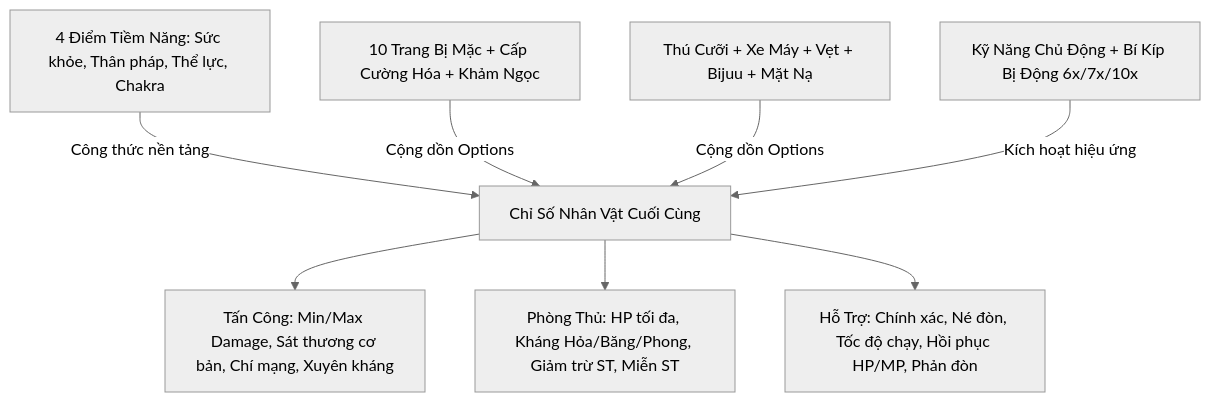
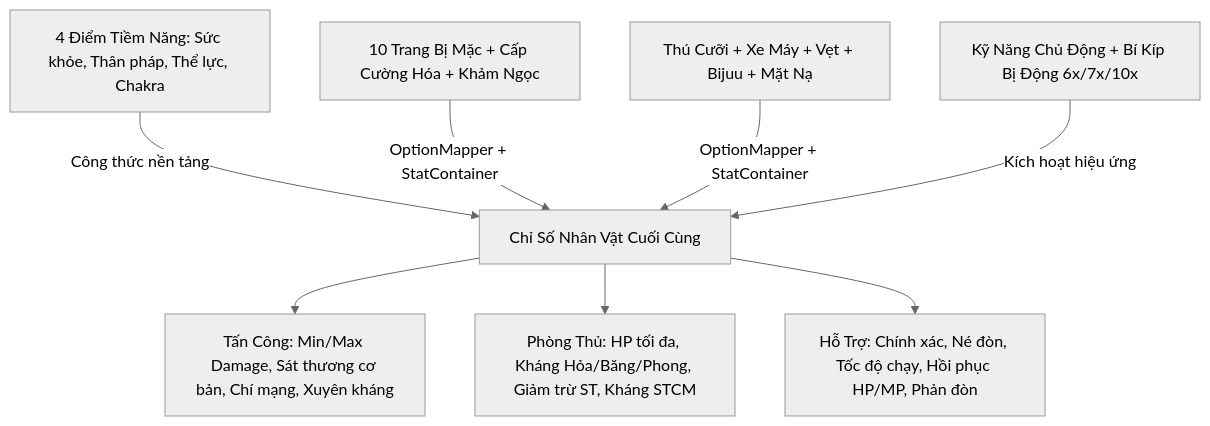
Before and after one commit to RevenantKitana/NSO-server: the diagram in CHARACTER_STATS_AND_ITEM_OPTIONS_GUIDE.md, drawn with Mermaid (neutral theme). The commit also changed other lines of this file and 15 other files, not shown here.

Commit message:
refactor: implement new combat damage engine, stat standardization, and database schema

````diff
--- a/CHARACTER_STATS_AND_ITEM_OPTIONS_GUIDE.md
+++ b/CHARACTER_STATS_AND_ITEM_OPTIONS_GUIDE.md
@@ -31,11 +31,11 @@
 ```mermaid
 graph TD
     P[4 Điểm Tiềm Năng: Sức khỏe, Thân pháp, Thể lực, Chakra] -->|Công thức nền tảng| C[Chỉ Số Nhân Vật Cuối Cùng]
-    E[10 Trang Bị Mặc + Cấp Cường Hóa + Khảm Ngọc] -->|Cộng dồn Options| C
-    M[Thú Cưỡi + Xe Máy + Vẹt + Bijuu + Mặt Nạ] -->|Cộng dồn Options| C
+    E[10 Trang Bị Mặc + Cấp Cường Hóa + Khảm Ngọc] -->|OptionMapper + StatContainer| C
+    M[Thú Cưỡi + Xe Máy + Vẹt + Bijuu + Mặt Nạ] -->|OptionMapper + StatContainer| C
     S[Kỹ Năng Chủ Động + Bí Kíp Bị Động 6x/7x/10x] -->|Kích hoạt hiệu ứng| C
 
     C --> C1[Tấn Công: Min/Max Damage, Sát thương cơ bản, Chí mạng, Xuyên kháng]
-    C --> C2[Phòng Thủ: HP tối đa, Kháng Hỏa/Băng/Phong, Giảm trừ ST, Miễn ST]
+    C --> C2[Phòng Thủ: HP tối đa, Kháng Hỏa/Băng/Phong, Giảm trừ ST, Kháng STCM]
     C --> C3[Hỗ Trợ: Chính xác, Né đòn, Tốc độ chạy, Hồi phục HP/MP, Phản đòn]
 ```
````
